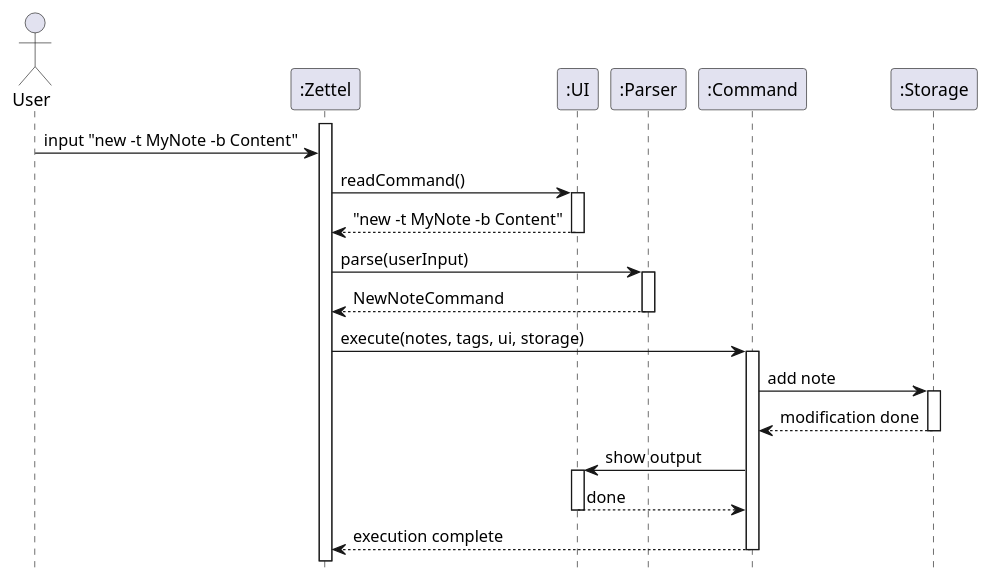
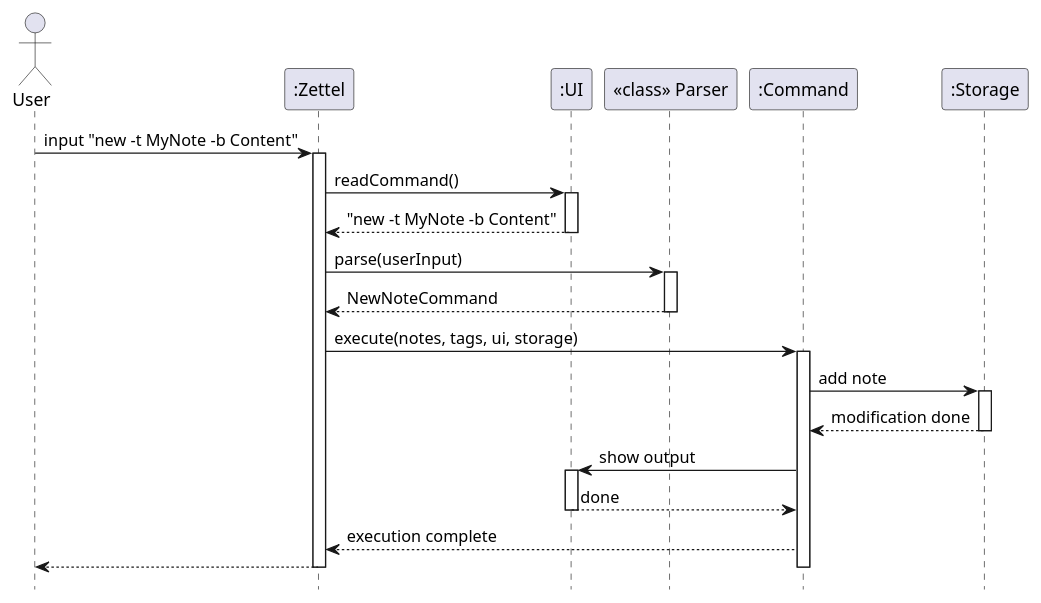
One commit to shauntsr/tp changed the diagram in docs/diagrams/ArchitectureSequence.puml. Above: the diagram before and after it, drawn with PlantUML.

Commit message:
Fix architecture diagram (#161)

```diff
--- a/docs/diagrams/ArchitectureSequence.puml
+++ b/docs/diagrams/ArchitectureSequence.puml
@@ -1,40 +1,41 @@
 @startuml NewNote
 hide footbox
 
 actor User
 participant ":Zettel"
 participant ":UI"
-participant ":Parser"
+participant "<<class>> Parser" as Parser
 participant ":Command"
 participant ":Storage"
 
-activate ":Zettel"
 
 User -> ":Zettel": input "new -t MyNote -b Content"
+activate ":Zettel"
 ":Zettel" -> ":UI": readCommand()
 activate ":UI"
 ":UI" --> ":Zettel": "new -t MyNote -b Content"
 deactivate ":UI"
 
-":Zettel" -> ":Parser": parse(userInput)
-activate ":Parser"
-":Parser" --> ":Zettel": NewNoteCommand
-deactivate ":Parser"
+":Zettel" -> "Parser": parse(userInput)
+activate "Parser"
+"Parser" --> ":Zettel": NewNoteCommand
+deactivate "Parser"
 
 ":Zettel" -> ":Command": execute(notes, tags, ui, storage)
 activate ":Command"
 
 ":Command" -> ":Storage": add note
 activate ":Storage"
 ":Storage" --> ":Command": modification done
 deactivate ":Storage"
 
 ":Command" -> ":UI": show output
 activate ":UI"
 ":UI" --> ":Command": done
 deactivate ":UI"
 
 ":Command" --> ":Zettel": execution complete
+":Zettel" --> "User"
 deactivate ":Command"
-
+deactivate ":Zettel"
 @enduml
```
